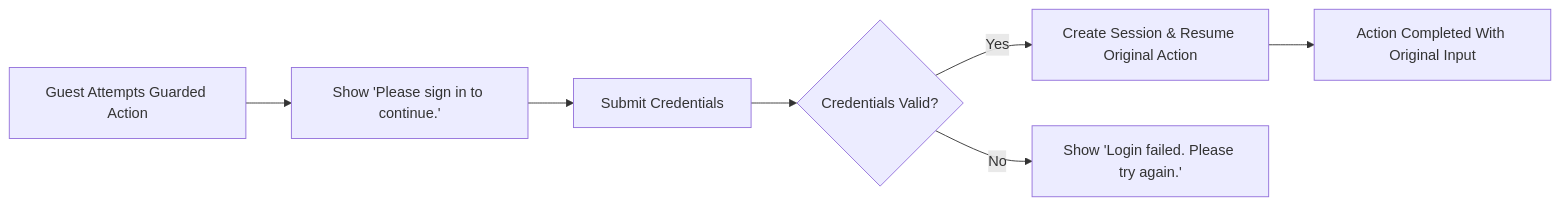
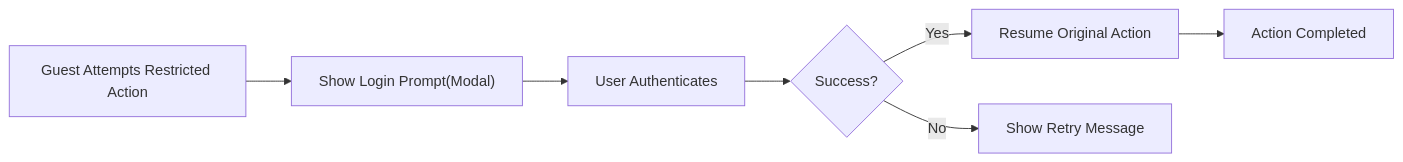
One commit to wrtnlabs/autobe-example-reddit-openai-gpt-5 changed the first of 3 diagrams in docs/analysis/03-user-roles-and-permissions.md. Above: the diagram before and after it, drawn with Mermaid. The commit also changed other lines of this file and 721 other files, not shown here.

````diff
--- a/docs/analysis/03-user-roles-and-permissions.md
+++ b/docs/analysis/03-user-roles-and-permissions.md
@@ -56,9 +150,9 @@
 ```mermaid
 graph LR
-  A["Guest Attempts Guarded Action"] --> B["Show 'Please sign in to continue.'"]
-  B --> C["Submit Credentials"]
-  C --> D{"Credentials Valid?"}
-  D -->|"Yes"| E["Create Session & Resume Original Action"]
-  D -->|"No"| F["Show 'Login failed. Please try again.'"]
-  E --> G["Action Completed With Original Input"]
+  A["Guest Attempts Restricted Action"] --> B["Show Login Prompt(Modal)"]
+  B --> C["User Authenticates"]
+  C --> D{"Success?"}
+  D -->|"Yes"| E["Resume Original Action"]
+  D -->|"No"| F["Show Retry Message"]
+  E --> G["Action Completed"]
 ```
````
